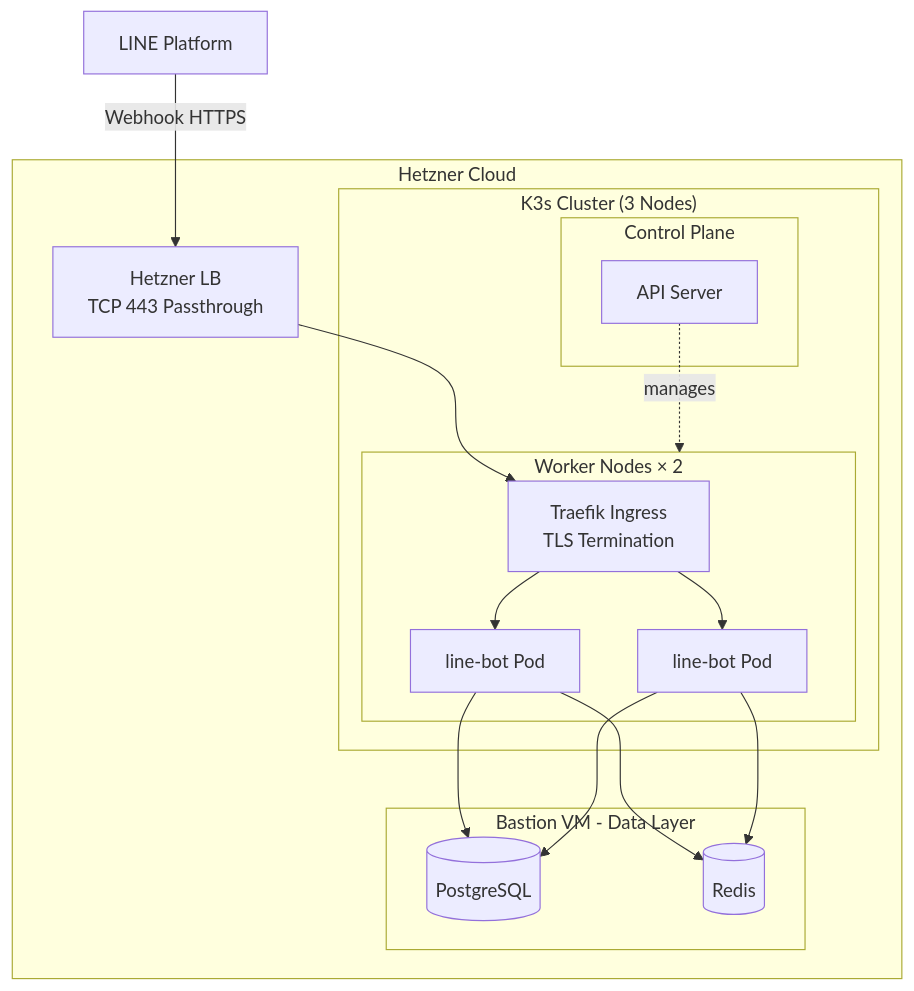
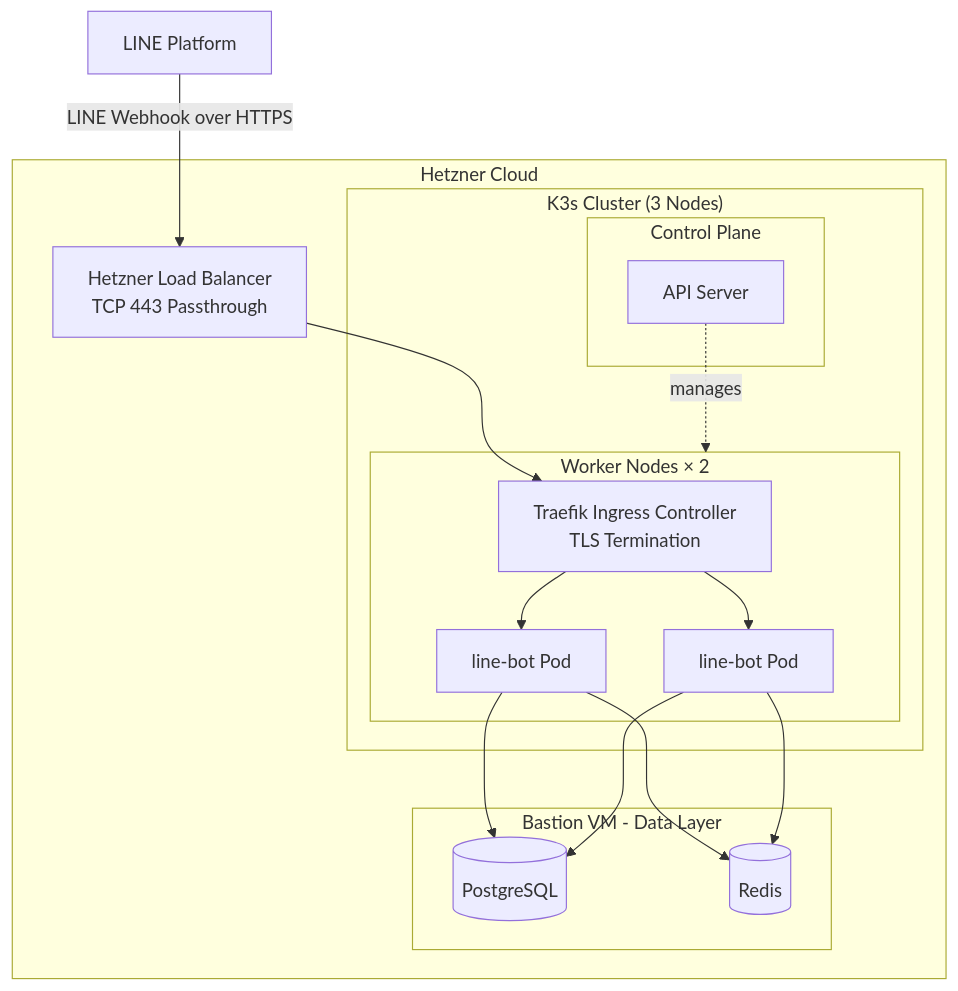
One commit to kyomind/weamind-infra changed the diagram in README.en.md. Above: the diagram before and after it, drawn with Mermaid. The commit also changed 1 other file, not shown here.

Commit message:
Refine architecture diagram labels for clarity

````diff
--- a/README.en.md
+++ b/README.en.md
@@ -11,35 +11,35 @@
 ```mermaid
 flowchart TD
-    LINE[LINE Platform] -->|Webhook HTTPS| LB
+    LINE[LINE Platform] -->|LINE Webhook over HTTPS| LB
 
     subgraph Hetzner["Hetzner Cloud"]
-        LB[Hetzner LB<br/>TCP 443 Passthrough]
+        LB[Hetzner Load Balancer<br/>TCP 443 Passthrough]
 
         subgraph K3s["K3s Cluster (3 Nodes)"]
             subgraph CP["Control Plane"]
                 API[API Server]
             end
 
             subgraph Workers["Worker Nodes × 2"]
-                Ingress[Traefik Ingress<br/>TLS Termination]
+                Ingress[Traefik Ingress Controller<br/>TLS Termination]
                 Pod1[line-bot Pod]
                 Pod2[line-bot Pod]
             end
 
             API -.->|manages| Workers
         end
 
         subgraph Bastion["Bastion VM - Data Layer"]
             PG[(PostgreSQL)]
             Redis[(Redis)]
         end
     end
 
     LB --> Ingress
     Ingress --> Pod1
     Ingress --> Pod2
     Pod1 --> PG
     Pod1 --> Redis
     Pod2 --> PG
     Pod2 --> Redis
 ```
````
